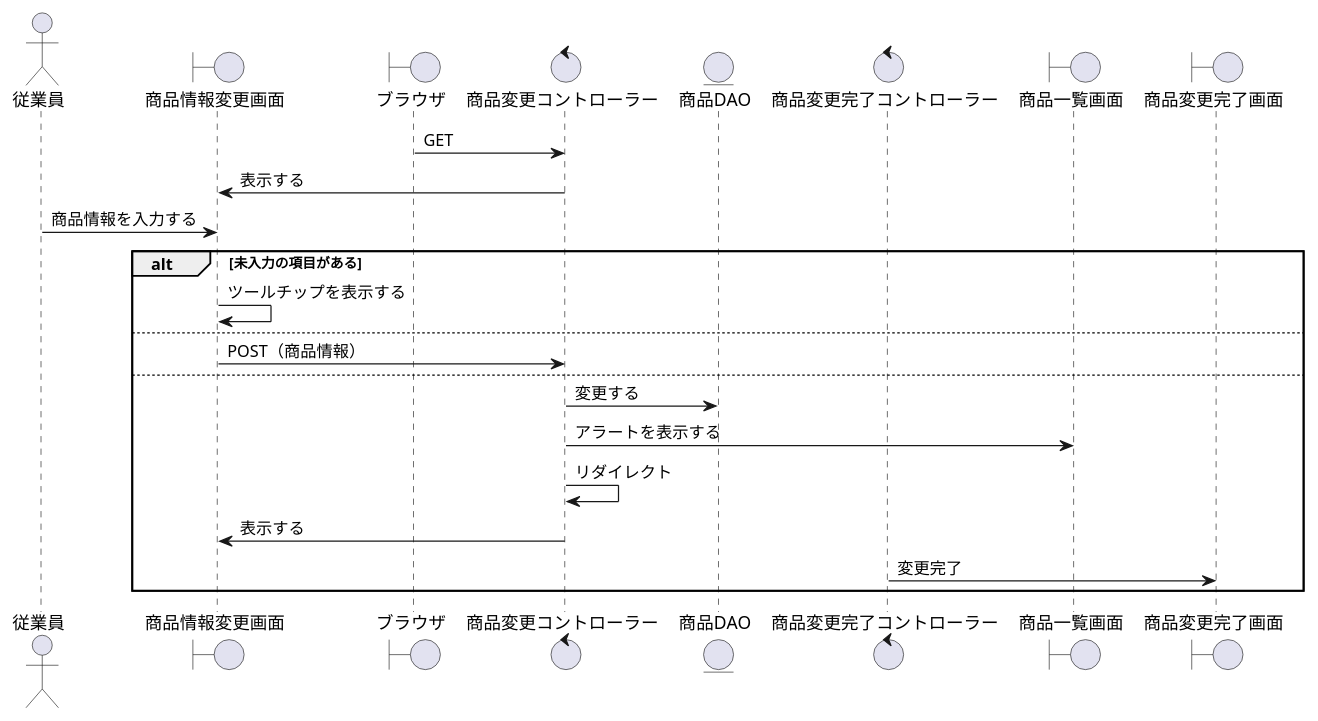
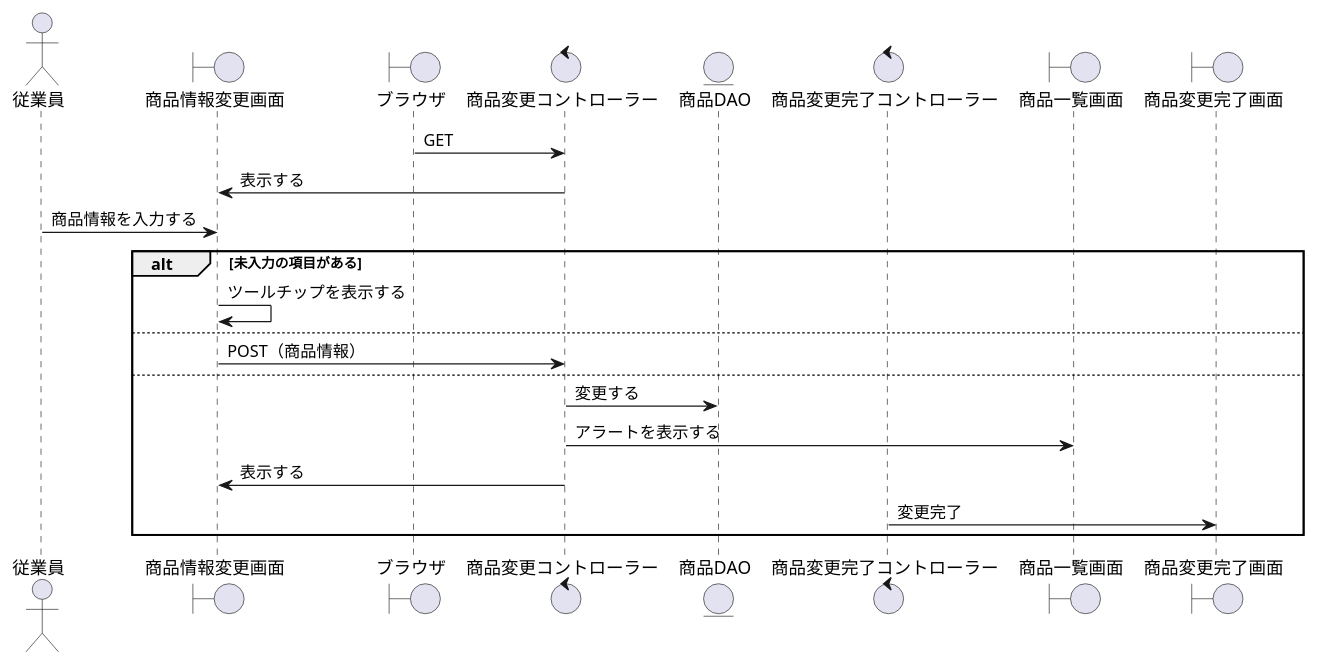
One commit to ysyk-wtnb16/team_D changed the diagram in BBショップ/商品変更.wsd. Above: the diagram before and after it, drawn with PlantUML.

```diff
--- a/BBショップ/商品変更.wsd
+++ b/BBショップ/商品変更.wsd
@@ -1,30 +1,27 @@
 @startuml syouhin_henkou
 actor "従業員" as act
 boundary "商品情報変更画面" as shb
 boundary "ブラウザ" as brz
 control "商品変更コントローラー" as shc
 entity "商品DAO" as product
 control "商品変更完了コントローラー" as shkc
 boundary "商品一覧画面" as sib
 boundary "商品変更完了画面" as shkb
 
 shc <- brz: GET
-
 shb <- shc: 表示する
-
 act -> shb: 商品情報を入力する
 
 alt 未入力の項目がある
     
     shb -> shb: ツールチップを表示する
 else
     shb -> shc: POST（商品情報）
 
     else
         shc -> product: 変更する
         shc -> sib: アラートを表示する
-        shc -> shc: リダイレクト
         shb <- shc: 表示する
         shkc -> shkb: 変更完了
 end
 @enduml
```
